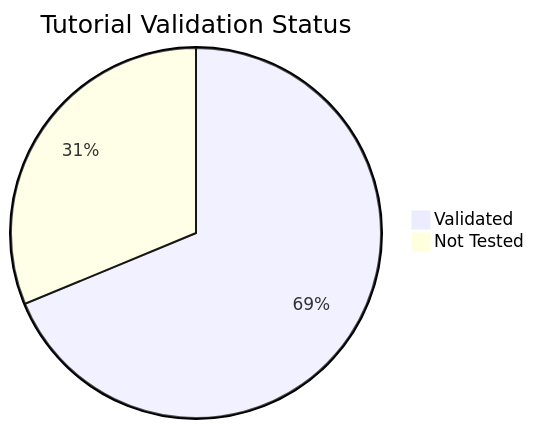
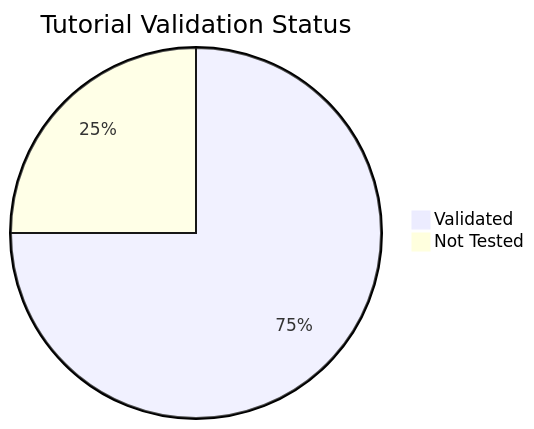
Before and after one commit to yeongseon/azure-functions-practical-guide: the diagram in docs/reference/validation-status.md, drawn with Mermaid. The commit also changed other lines of this file and 7 other files, not shown here.

````diff
--- a/docs/reference/validation-status.md
+++ b/docs/reference/validation-status.md
@@ -17,5 +17,5 @@
 ```mermaid
 pie title Tutorial Validation Status
-    "Validated" : 77
-    "Not Tested" : 35
+    "Validated" : 84
+    "Not Tested" : 28
 ```
````
